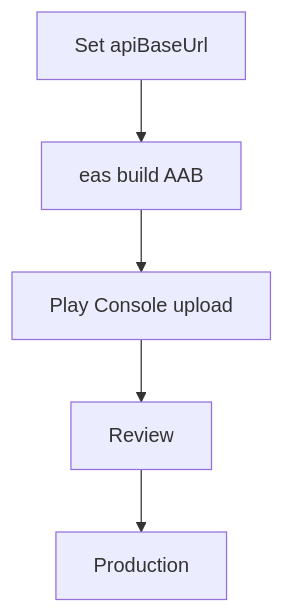
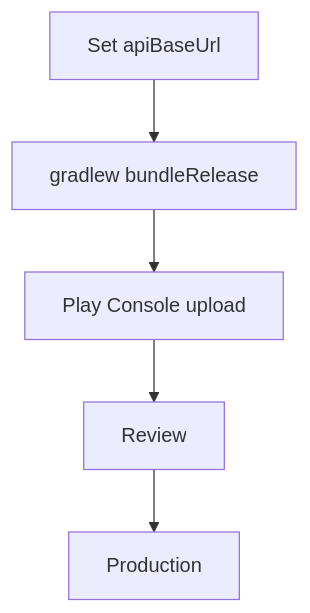
Before and after one commit to saqibutm/Agro-Chain-NRPU: the second of 2 diagrams in docs/Deployment_Guide.md, drawn with Mermaid. The commit also changed other lines of this file and 8 other files, not shown here.

First line of the commit message:
Drop EAS; switch to local Xcode/Gradle build workflow

````diff
--- a/docs/Deployment_Guide.md
+++ b/docs/Deployment_Guide.md
@@ -80,4 +79,4 @@
 ```mermaid
 flowchart TB
-    cfg[Set apiBaseUrl] --> build[eas build AAB] --> upload[Play Console upload] --> review[Review] --> prod[Production]
+    cfg[Set apiBaseUrl] --> build[gradlew bundleRelease] --> upload[Play Console upload] --> review[Review] --> prod[Production]
 ```
````
